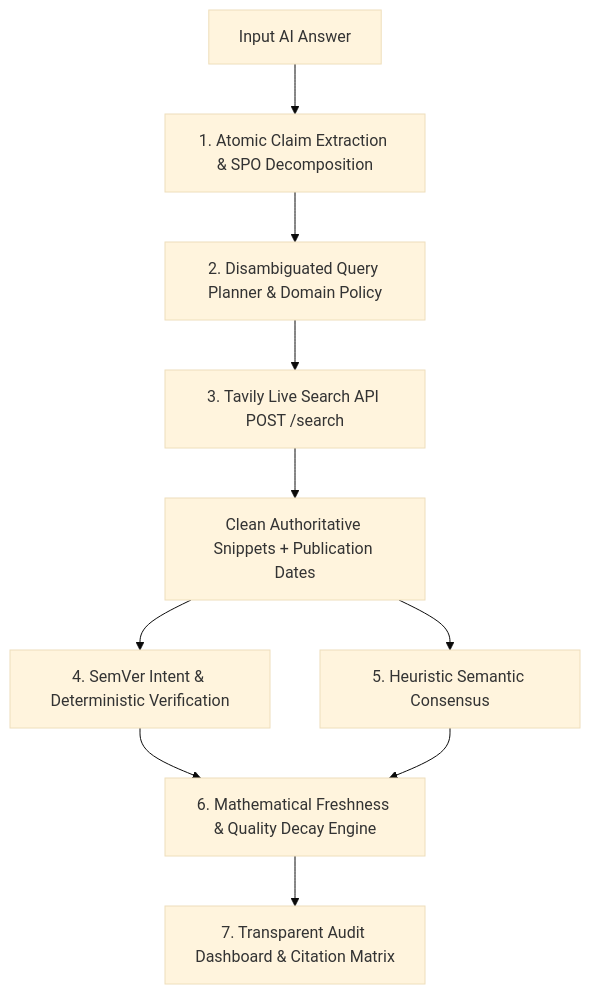
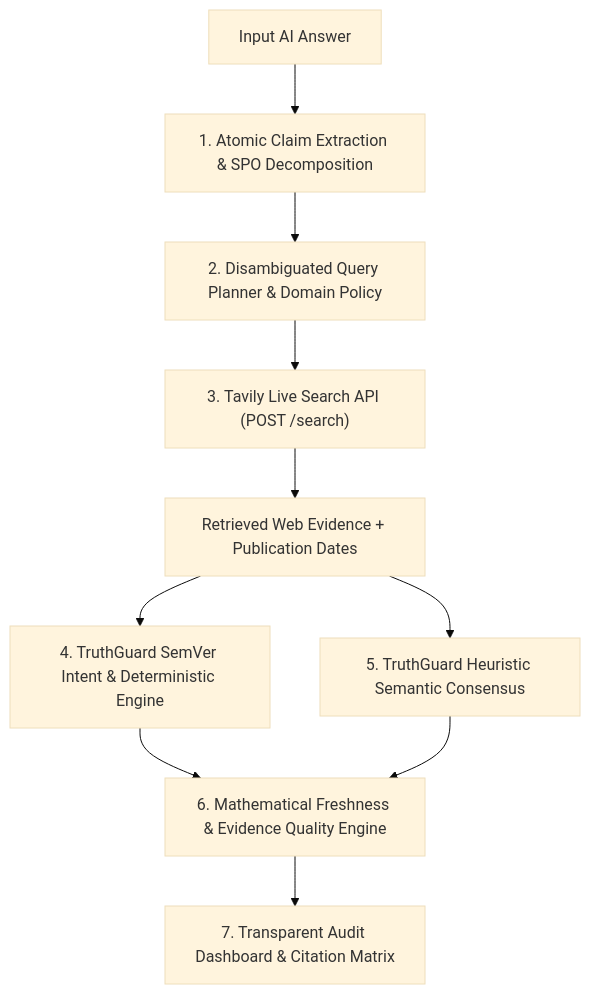
One commit to abhishekzirange/truthguard-ai changed the diagram in docs/TAVILY_PROJECT_SUBMISSION.md. Above: the diagram before and after it, drawn with Mermaid (base theme). The commit also changed other lines of this file and 9 other files, not shown here.

Commit message:
fix(submission): remove remaining Bifrost UI text, tighten SemVer filtering, and reconcile benchmark metrics

````diff
--- a/docs/TAVILY_PROJECT_SUBMISSION.md
+++ b/docs/TAVILY_PROJECT_SUBMISSION.md
@@ -38,12 +44,12 @@
 ```mermaid
 flowchart TD
-    UserAnswer[Input AI Answer] --> ClaimExtractor[1. Atomic Claim Extraction & SPO Decomposition]
-    ClaimExtractor --> QueryPlanner[2. Disambiguated Query Planner & Domain Policy]
-    QueryPlanner --> TavilyAPI[3. Tavily Live Search API POST /search]
-    TavilyAPI --> CleanSnippets[Clean Authoritative Snippets + Publication Dates]
-    CleanSnippets --> DeterministicEngine[4. SemVer Intent & Deterministic Verification]
-    CleanSnippets --> SemanticConsensus[5. Heuristic Semantic Consensus]
-    DeterministicEngine --> FreshnessScorer[6. Mathematical Freshness & Quality Decay Engine]
+    UserAnswer["Input AI Answer"] --> ClaimExtractor["1. Atomic Claim Extraction & SPO Decomposition"]
+    ClaimExtractor --> QueryPlanner["2. Disambiguated Query Planner & Domain Policy"]
+    QueryPlanner --> TavilyAPI["3. Tavily Live Search API (POST /search)"]
+    TavilyAPI --> CleanSnippets["Retrieved Web Evidence + Publication Dates"]
+    CleanSnippets --> DeterministicEngine["4. TruthGuard SemVer Intent & Deterministic Engine"]
+    CleanSnippets --> SemanticConsensus["5. TruthGuard Heuristic Semantic Consensus"]
+    DeterministicEngine --> FreshnessScorer["6. Mathematical Freshness & Evidence Quality Engine"]
     SemanticConsensus --> FreshnessScorer
-    FreshnessScorer --> AuditReport[7. Transparent Audit Dashboard & Citation Matrix]
+    FreshnessScorer --> AuditReport["7. Transparent Audit Dashboard & Citation Matrix"]
 ```
````
